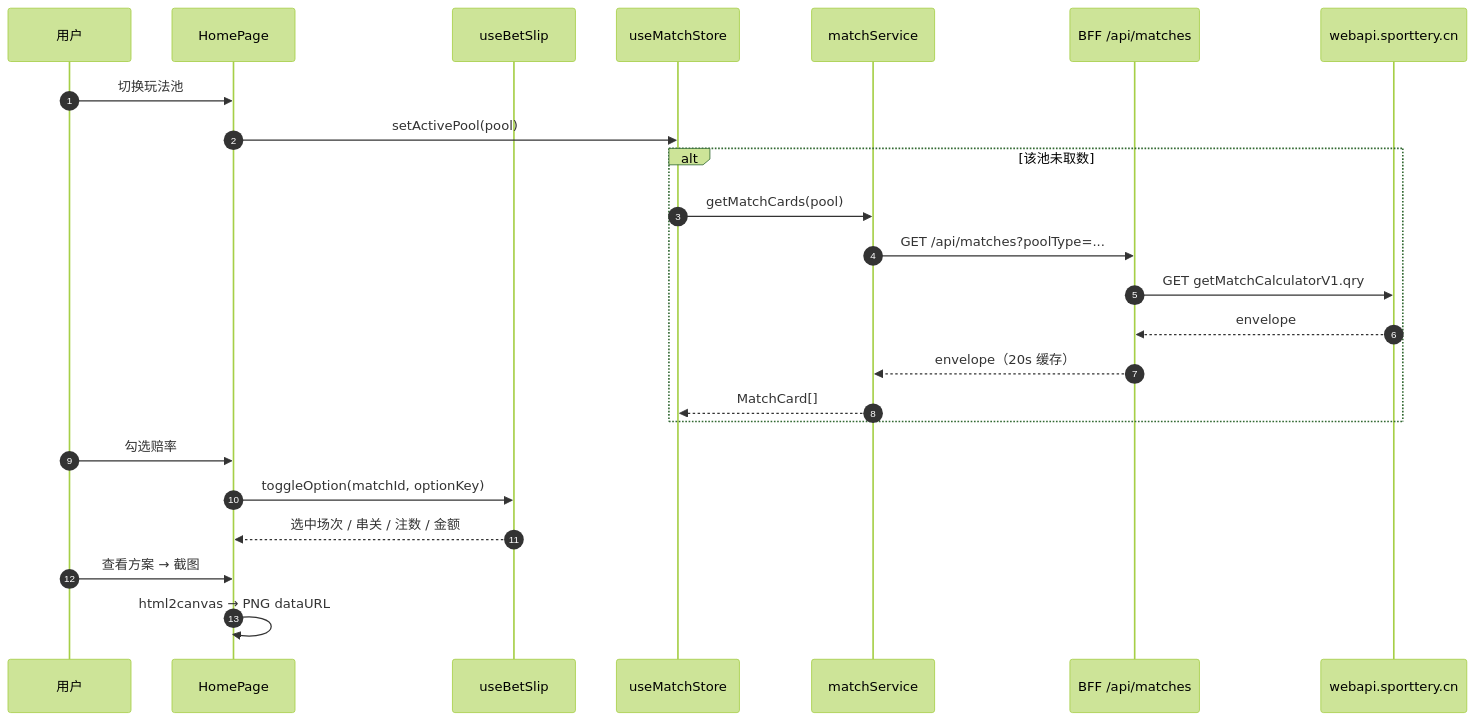
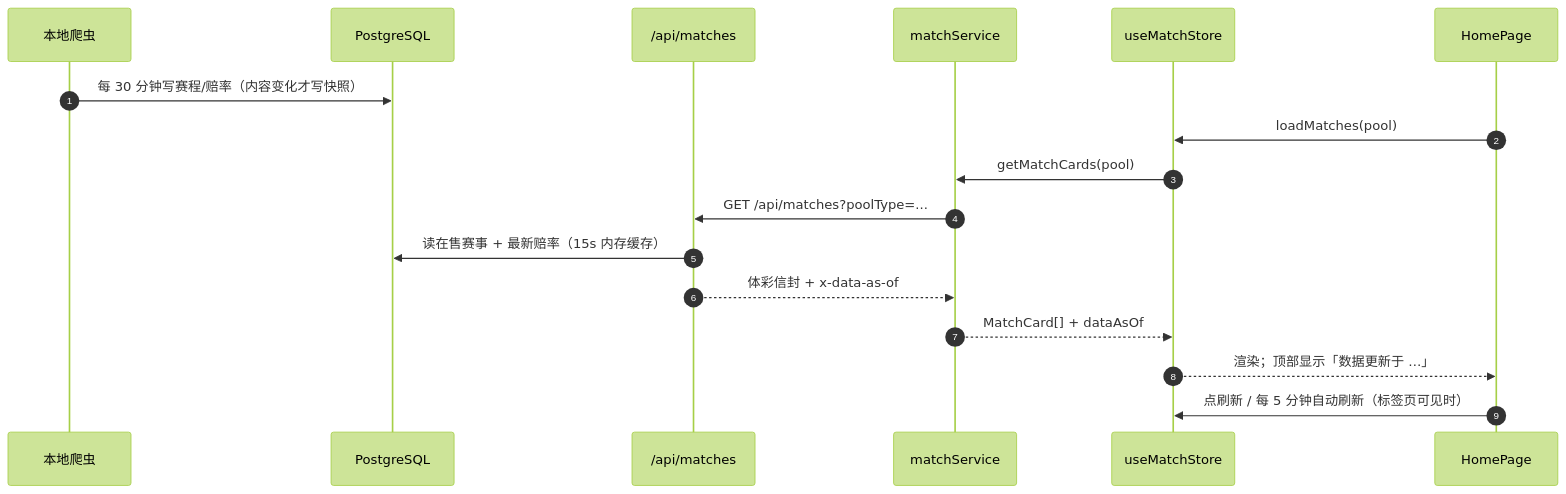
Before and after one commit to yJ2018/ticai: the third of 10 diagrams in docs/architecture.md, drawn with Mermaid (forest theme). The commit also changed other lines of this file and 83 other files, not shown here.

````diff
--- a/docs/architecture.md
+++ b/docs/architecture.md
@@ -325,27 +343,20 @@
 ```mermaid
 sequenceDiagram
   autonumber
-  participant U as 用户
+  participant CR as 本地爬虫
+  participant DB as PostgreSQL
+  participant API as /api/matches
+  participant SVC as matchService
+  participant MS as useMatchStore
   participant HP as HomePage
-  participant BS as useBetSlip
-  participant MS as useMatchStore
-  participant SVC as matchService
-  participant BFF as BFF /api/matches
-  participant EXT as webapi.sporttery.cn
 
-  U->>HP: 切换玩法池
-  HP->>MS: setActivePool(pool)
-  alt 该池未取数
-    MS->>SVC: getMatchCards(pool)
-    SVC->>BFF: GET /api/matches?poolType=...
-    BFF->>EXT: GET getMatchCalculatorV1.qry
-    EXT-->>BFF: envelope
-    BFF-->>SVC: envelope（20s 缓存）
-    SVC-->>MS: MatchCard[]
-  end
-  U->>HP: 勾选赔率
-  HP->>BS: toggleOption(matchId, optionKey)
-  BS-->>HP: 选中场次 / 串关 / 注数 / 金额
-  U->>HP: 查看方案 → 截图
-  HP->>HP: html2canvas → PNG dataURL
+  CR->>DB: 每 30 分钟写赛程/赔率（内容变化才写快照）
+  HP->>MS: loadMatches(pool)
+  MS->>SVC: getMatchCards(pool)
+  SVC->>API: GET /api/matches?poolType=...
+  API->>DB: 读在售赛事 + 最新赔率（15s 内存缓存）
+  API-->>SVC: 体彩信封 + x-data-as-of
+  SVC-->>MS: MatchCard[] + dataAsOf
+  MS-->>HP: 渲染；顶部显示「数据更新于 …」
+  HP->>MS: 点刷新 / 每 5 分钟自动刷新（标签页可见时）
 ```
````
